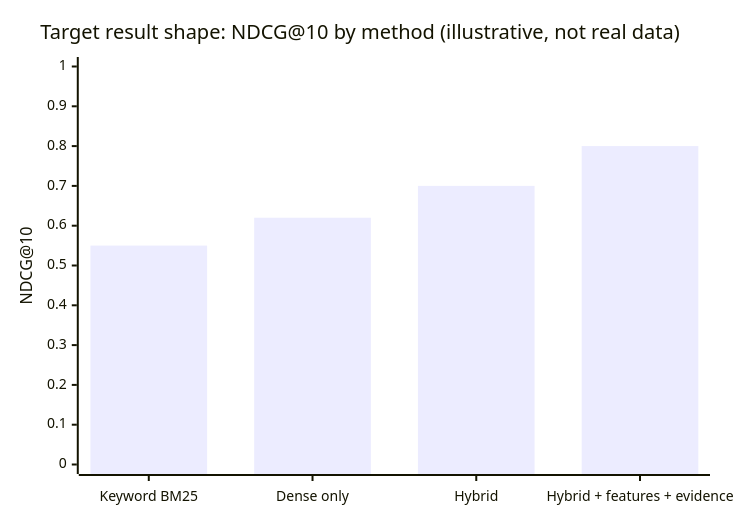
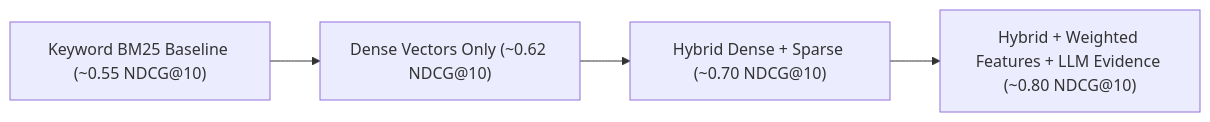
The diagram in docs/decisions/018-evaluation-strategy.md (a-amin-gabr/ai-recruitment-platform), drawn with Mermaid before and after one commit. The commit also changed 15 other files, not shown here.

Commit message:
docs: fix Mermaid diagrams and prioritize Karim as Team Lead for solo meeting

````diff
--- a/docs/decisions/018-evaluation-strategy.md
+++ b/docs/decisions/018-evaluation-strategy.md
@@ -47,7 +47,6 @@
 ```mermaid
-xychart-beta
-    title "Target result shape: NDCG@10 by method (illustrative, not real data)"
-    x-axis ["Keyword BM25", "Dense only", "Hybrid", "Hybrid + features + evidence"]
-    y-axis "NDCG@10" 0 --> 1
-    bar [0.55, 0.62, 0.70, 0.80]
+flowchart LR
+    B1["Keyword BM25 Baseline (~0.55 NDCG@10)"] --> B2["Dense Vectors Only (~0.62 NDCG@10)"]
+    B2 --> B3["Hybrid Dense + Sparse (~0.70 NDCG@10)"]
+    B3 --> B4["Hybrid + Weighted Features + LLM Evidence (~0.80 NDCG@10)"]
 ```
````
